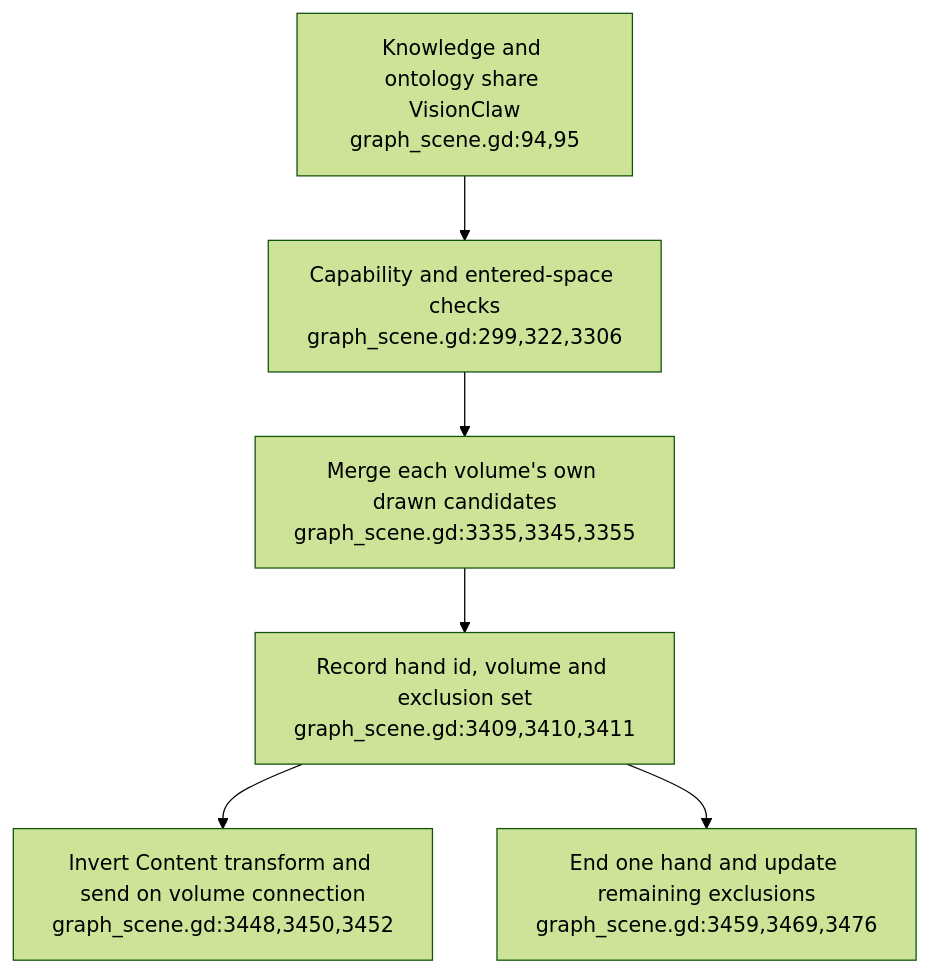
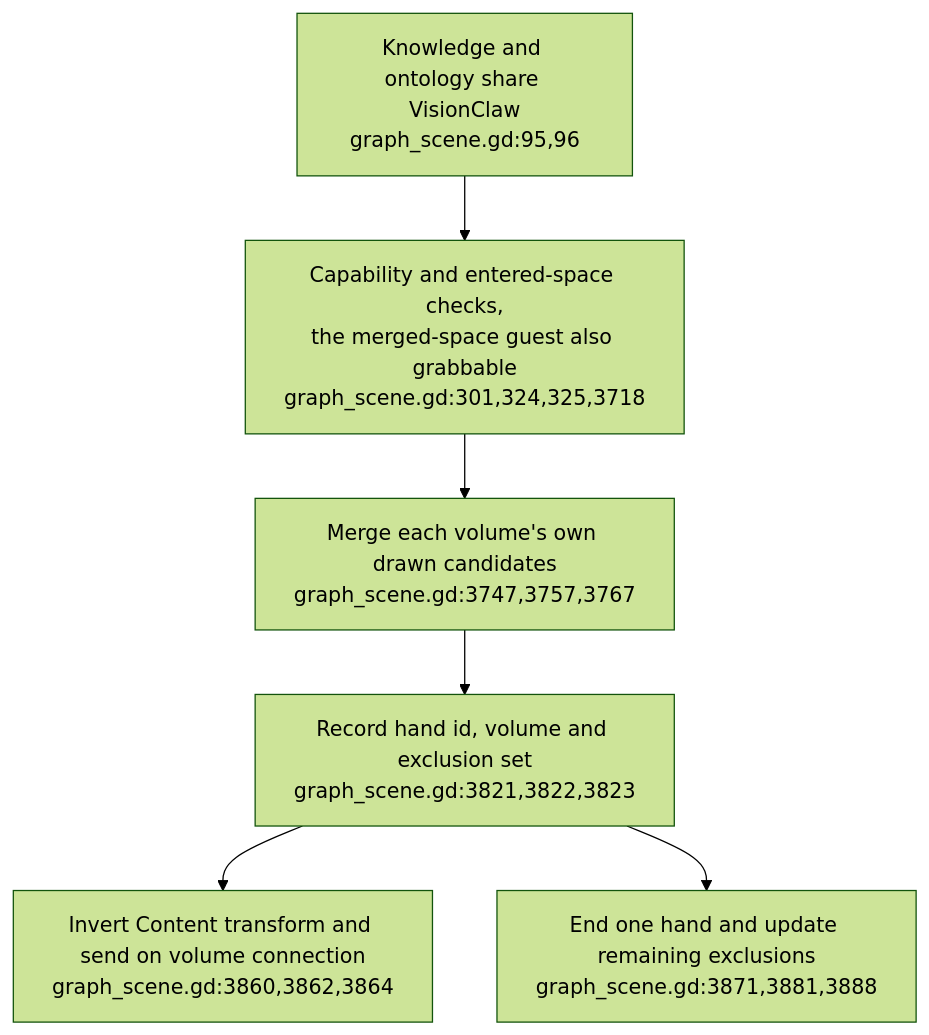
The first of 6 diagrams in docs/diagrams/visionclaw/53-xr-grab-lifetimes-and-input.md (DreamLab-AI/VisionFlow), drawn with Mermaid (forest theme) before and after one commit. The commit also changed other lines of this file and 56 other files, not shown here.

First line of the commit message:
docs(diagrams): re-verify VisionClaw topics at ec785afa9, add VC-19/56/57 and the VisionClaw register

````diff
--- a/docs/diagrams/visionclaw/53-xr-grab-lifetimes-and-input.md
+++ b/docs/diagrams/visionclaw/53-xr-grab-lifetimes-and-input.md
@@ -27,8 +28,8 @@
 ```mermaid
 flowchart TD
-    VOL["Knowledge and ontology share VisionClaw<br/>graph_scene.gd:94,95"] --> GATE["Capability and entered-space checks<br/>graph_scene.gd:299,322,3306"]
-    GATE --> PACK["Merge each volume's own drawn candidates<br/>graph_scene.gd:3335,3345,3355"]
-    PACK --> HOLD["Record hand id, volume and exclusion set<br/>graph_scene.gd:3409,3410,3411"]
-    HOLD --> DRIVE["Invert Content transform and send on volume connection<br/>graph_scene.gd:3448,3450,3452"]
-    HOLD --> RELEASE["End one hand and update remaining exclusions<br/>graph_scene.gd:3459,3469,3476"]
+    VOL["Knowledge and ontology share VisionClaw<br/>graph_scene.gd:95,96"] --> GATE["Capability and entered-space checks,<br/>the merged-space guest also grabbable<br/>graph_scene.gd:301,324,325,3718"]
+    GATE --> PACK["Merge each volume's own drawn candidates<br/>graph_scene.gd:3747,3757,3767"]
+    PACK --> HOLD["Record hand id, volume and exclusion set<br/>graph_scene.gd:3821,3822,3823"]
+    HOLD --> DRIVE["Invert Content transform and send on volume connection<br/>graph_scene.gd:3860,3862,3864"]
+    HOLD --> RELEASE["End one hand and update remaining exclusions<br/>graph_scene.gd:3871,3881,3888"]
 ```
````
